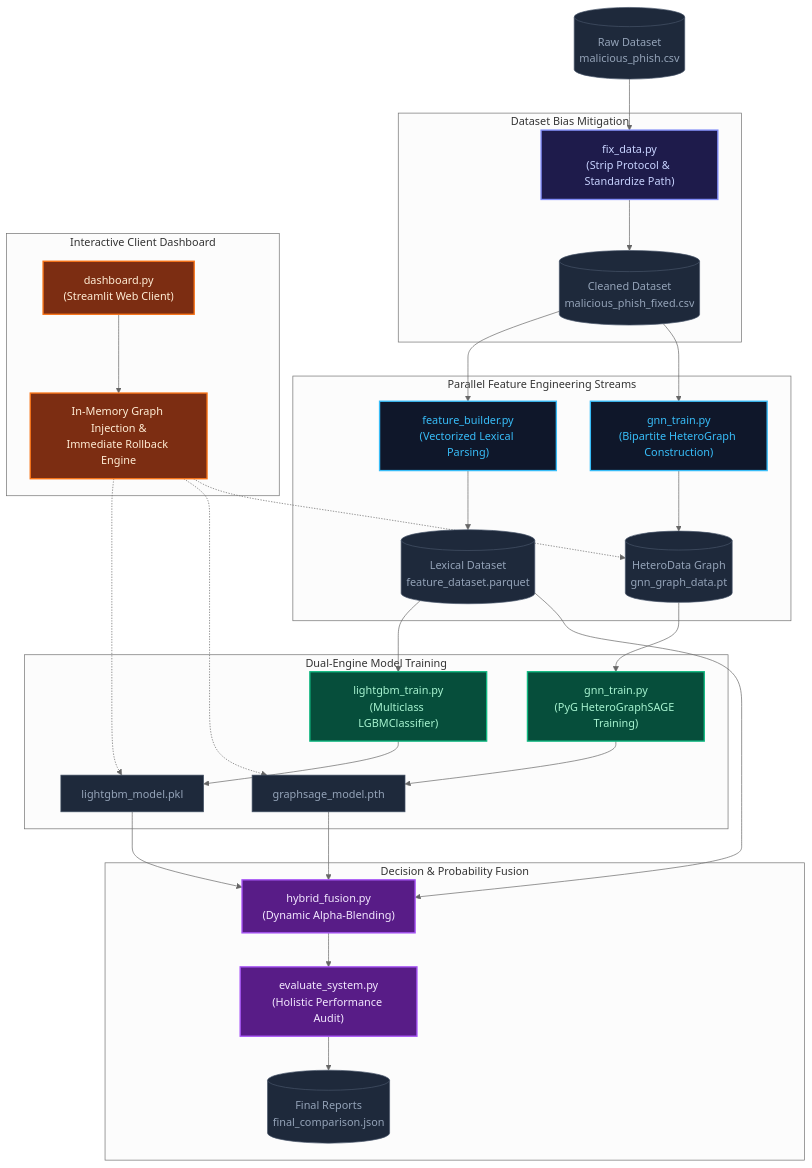
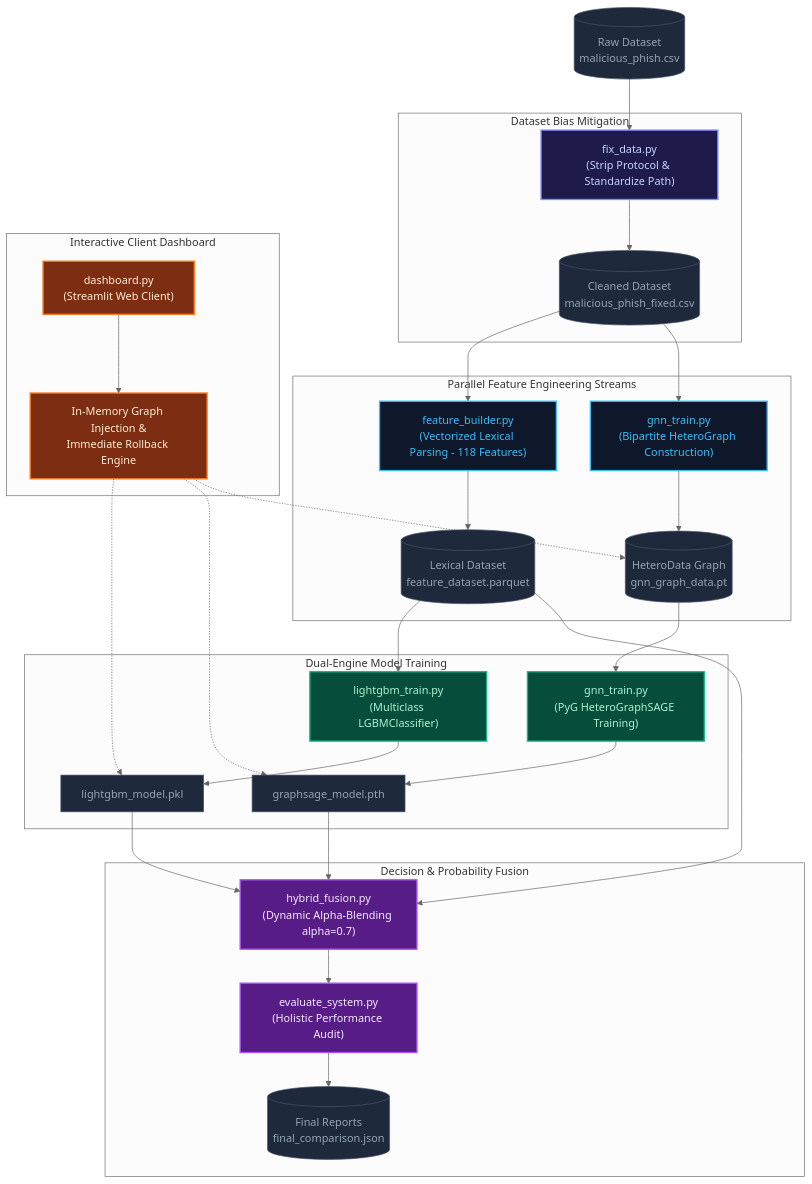
The diagram in README.md (sanket9673/URLDetection), drawn with Mermaid (neutral theme) before and after one commit. The commit also changed other lines of this file, not shown here.

Commit message:
docs: update README with current 632k dataset metrics, 118 features, per-class audit scores, and project directory structure

````diff
--- a/README.md
+++ b/README.md
@@ -42,73 +42,73 @@
 ```mermaid
 graph TD;
     %% Custom Styles & Color Palette
     classDef raw fill:#1e293b,stroke:#475569,stroke-width:1px,color:#94a3b8;
     classDef mitigation fill:#1e1b4b,stroke:#818cf8,stroke-width:2px,color:#c7d2fe;
     classDef engineering fill:#0f172a,stroke:#38bdf8,stroke-width:2px,color:#38bdf8;
     classDef training fill:#064e3b,stroke:#10b981,stroke-width:2px,color:#a7f3d0;
     classDef fusion fill:#581c87,stroke:#a855f7,stroke-width:2px,color:#f3e8ff;
     classDef client fill:#7c2d12,stroke:#f97316,stroke-width:2px,color:#ffedd5;
 
     RawData[("Raw Dataset<br>malicious_phish.csv")]:::raw
     
     subgraph Mitigation ["Dataset Bias Mitigation"]
         FixData["fix_data.py<br>(Strip Protocol & Standardize Path)"]:::mitigation
         CleanData[("Cleaned Dataset<br>malicious_phish_fixed.csv")]:::raw
     end
     
     subgraph Streams ["Parallel Feature Engineering Streams"]
-        LexicalBuilder["feature_builder.py<br>(Vectorized Lexical Parsing)"]:::engineering
+        LexicalBuilder["feature_builder.py<br>(Vectorized Lexical Parsing - 118 Features)"]:::engineering
         ParquetLex[("Lexical Dataset<br>feature_dataset.parquet")]:::raw
         
         GraphBuilder["gnn_train.py<br>(Bipartite HeteroGraph Construction)"]:::engineering
         PyGData[("HeteroData Graph<br>gnn_graph_data.pt")]:::raw
     end
     
     subgraph Training ["Dual-Engine Model Training"]
         LGBM_Train["lightgbm_train.py<br>(Multiclass LGBMClassifier)"]:::training
         LGBM_Model["lightgbm_model.pkl"]:::raw
         
         GNN_Train["gnn_train.py<br>(PyG HeteroGraphSAGE Training)"]:::training
         GNN_Model["graphsage_model.pth"]:::raw
     end
     
     subgraph Fusion ["Decision & Probability Fusion"]
-        HybridFusion["hybrid_fusion.py<br>(Dynamic Alpha-Blending)"]:::fusion
+        HybridFusion["hybrid_fusion.py<br>(Dynamic Alpha-Blending alpha=0.7)"]:::fusion
         Evaluator["evaluate_system.py<br>(Holistic Performance Audit)"]:::fusion
         FinalMetrics[("Final Reports<br>final_comparison.json")]:::raw
     end
 
     subgraph Interface ["Interactive Client Dashboard"]
         Streamlit["dashboard.py<br>(Streamlit Web Client)"]:::client
         Inference["In-Memory Graph Injection &<br>Immediate Rollback Engine"]:::client
     end
 
     %% Pipeline Connections
     RawData --> FixData
     FixData --> CleanData
     
     CleanData --> LexicalBuilder
     CleanData --> GraphBuilder
     
     LexicalBuilder --> ParquetLex
     GraphBuilder --> PyGData
     
     ParquetLex --> LGBM_Train
     PyGData --> GNN_Train
     
     LGBM_Train --> LGBM_Model
     GNN_Train --> GNN_Model
     
     LGBM_Model --> HybridFusion
     GNN_Model --> HybridFusion
     ParquetLex --> HybridFusion
     
     HybridFusion --> Evaluator
     Evaluator --> FinalMetrics
     
     %% Real-time Inference Flow
     Streamlit --> Inference
     Inference -.-> LGBM_Model
     Inference -.-> GNN_Model
     Inference -.-> PyGData
 ```
````
